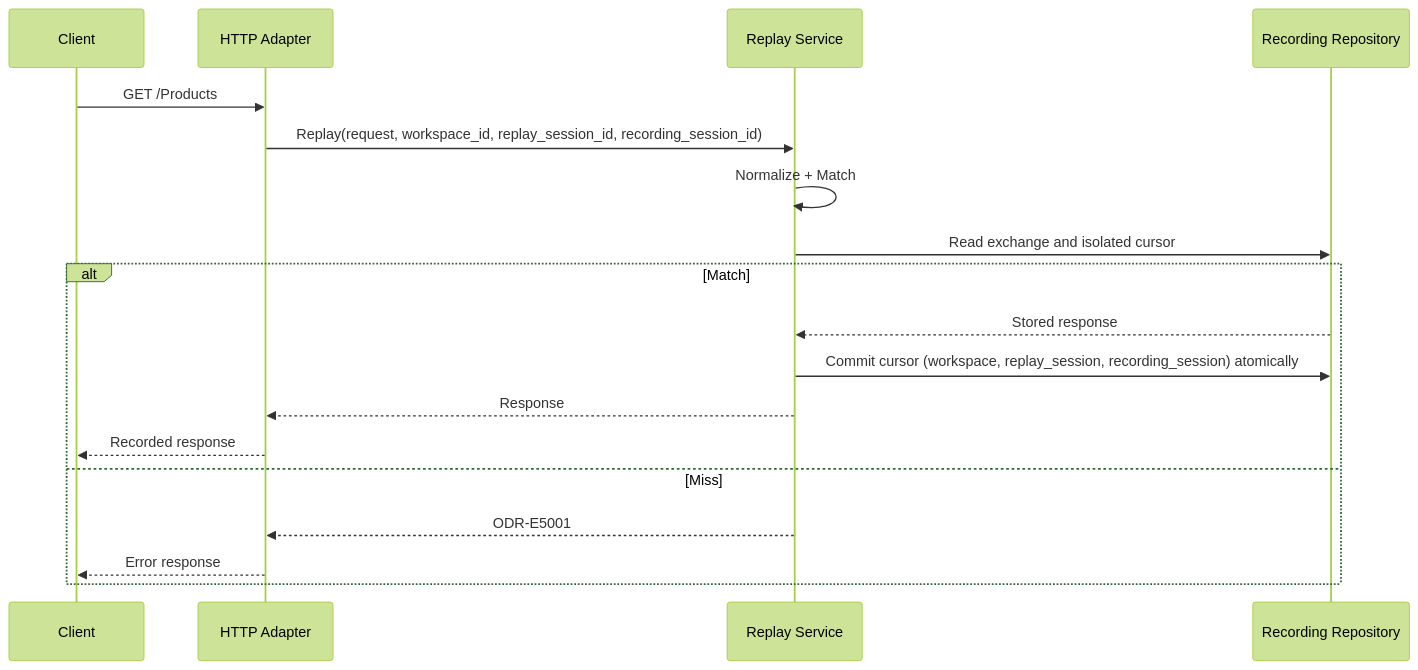
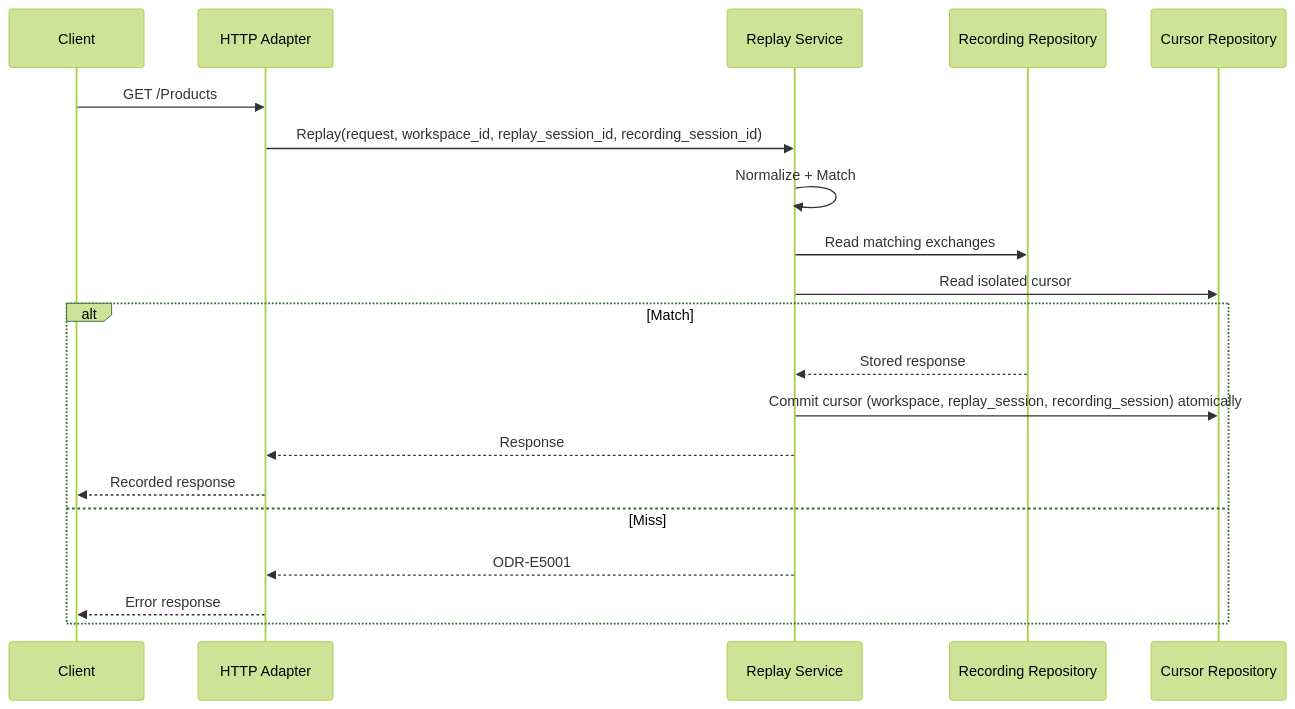
Before and after one commit to pt9912/odata-recorder: the fourth of 10 diagrams in spec/architecture.md, drawn with Mermaid (forest theme). The commit also changed other lines of this file and 8 other files, not shown here.

````diff
--- a/spec/architecture.md
+++ b/spec/architecture.md
@@ -256,20 +263,22 @@
 ```mermaid
 sequenceDiagram
     participant C as Client
     participant H as HTTP Adapter
     participant R as Replay Service
     participant P as Recording Repository
+    participant K as Cursor Repository
     C->>H: GET /Products
     H->>R: Replay(request, workspace_id, replay_session_id, recording_session_id)
     R->>R: Normalize + Match
-    R->>P: Read exchange and isolated cursor
+    R->>P: Read matching exchanges
+    R->>K: Read isolated cursor
     alt Match
       P-->>R: Stored response
-      R->>P: Commit cursor (workspace, replay_session, recording_session) atomically
+      R->>K: Commit cursor (workspace, replay_session, recording_session) atomically
       R-->>H: Response
       H-->>C: Recorded response
     else Miss
       R-->>H: ODR-E5001
       H-->>C: Error response
     end
 ```
````
